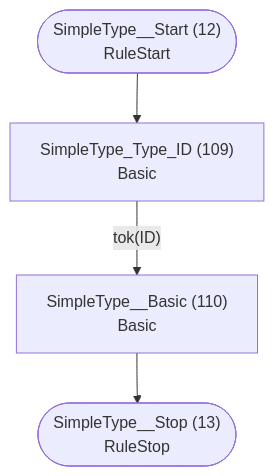
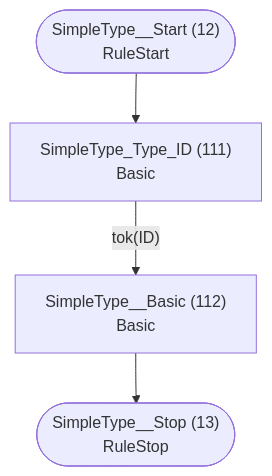
Before and after one commit to TypeFox/fastbelt: the seventh of 26 diagrams in internal/grammar/atn.md, drawn with Mermaid. The commit also changed other lines of this file and 25 other files, not shown here.

````diff
--- a/internal/grammar/atn.md
+++ b/internal/grammar/atn.md
@@ -190,11 +195,11 @@
 ```mermaid
 flowchart TD
     q12(["SimpleType__Start (12)<br/>RuleStart"])
     q13(["SimpleType__Stop (13)<br/>RuleStop"])
-    q109["SimpleType_Type_ID (109)<br/>Basic<br/>"]
-    q110["SimpleType__Basic (110)<br/>Basic<br/>"]
+    q111["SimpleType_Type_ID (111)<br/>Basic<br/>"]
+    q112["SimpleType__Basic (112)<br/>Basic<br/>"]
 
-    q12 --> q109
-    q109 -->|"tok(ID)"| q110
-    q110 --> q13
+    q12 --> q111
+    q111 -->|"tok(ID)"| q112
+    q112 --> q13
 ```
````
